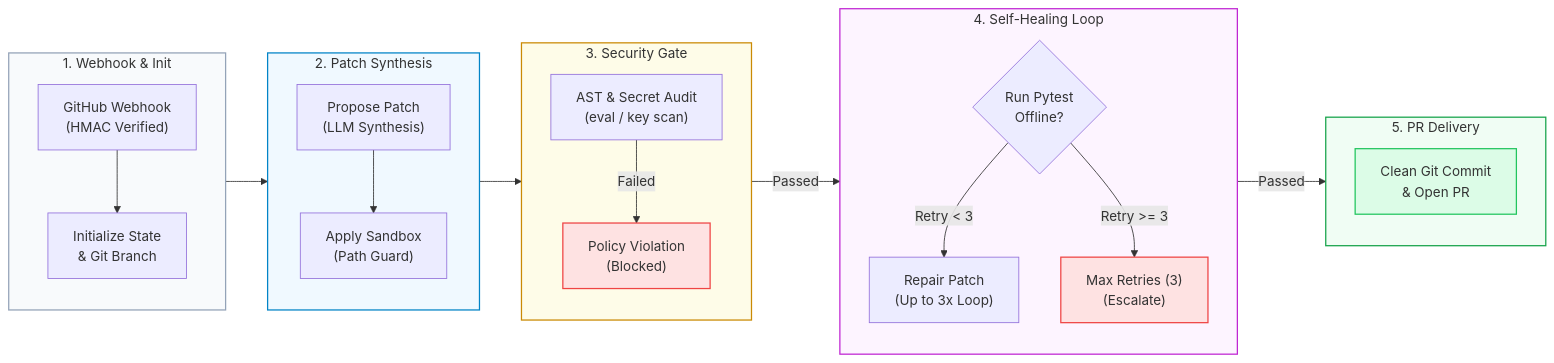
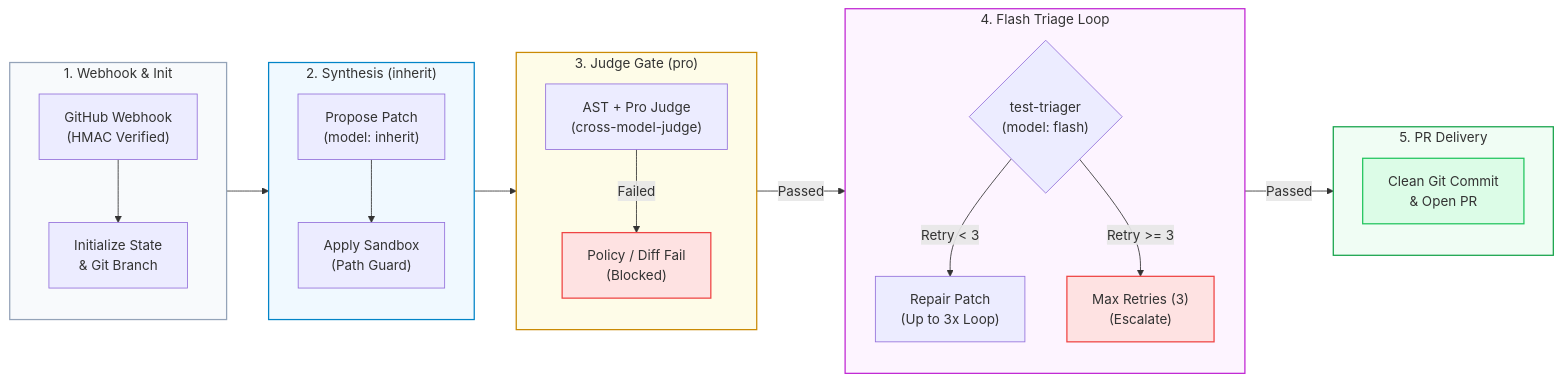
Before and after one commit to Kenono2000/enterprise-rag-pgvector-rbac: the seventh of 9 diagrams in README.md, drawn with Mermaid. The commit also changed other lines of this file and 8 other files, not shown here.

````diff
--- a/README.md
+++ b/README.md
@@ -428,52 +428,52 @@
 ```mermaid
 flowchart LR
     subgraph Intake ["1. Webhook & Init"]
         direction TB
         Hook["GitHub Webhook<br/>(HMAC Verified)"]
         Init["Initialize State<br/>& Git Branch"]
         Hook --> Init
     end
 
-    subgraph Gen ["2. Patch Synthesis"]
+    subgraph Gen ["2. Synthesis (inherit)"]
         direction TB
-        Propose["Propose Patch<br/>(LLM Synthesis)"]
+        Propose["Propose Patch<br/>(model: inherit)"]
         Apply["Apply Sandbox<br/>(Path Guard)"]
         Propose --> Apply
     end
 
-    subgraph Audit ["3. Security Gate"]
+    subgraph Audit ["3. Judge Gate (pro)"]
         direction TB
-        Inspect["AST & Secret Audit<br/>(eval / key scan)"]
-        Reject["Policy Violation<br/>(Blocked)"]
+        Inspect["AST + Pro Judge<br/>(cross-model-judge)"]
+        Reject["Policy / Diff Fail<br/>(Blocked)"]
         Inspect -->|Failed| Reject
     end
 
-    subgraph Verify ["4. Self-Healing Loop"]
+    subgraph Verify ["4. Flash Triage Loop"]
         direction TB
-        Test{"Run Pytest<br/>Offline?"}
+        Test{"test-triager<br/>(model: flash)"}
         Repair["Repair Patch<br/>(Up to 3x Loop)"]
         Escalate["Max Retries (3)<br/>(Escalate)"]
 
         Test -->|Retry < 3| Repair
         Test -->|Retry >= 3| Escalate
     end
 
     subgraph Done ["5. PR Delivery"]
         direction TB
         PR["Clean Git Commit<br/>& Open PR"]
     end
 
     Intake --> Gen
     Gen --> Audit
     Audit -->|Passed| Verify
     Verify -->|Passed| Done
 
     style Intake fill:#f8fafc,stroke:#94a3b8,stroke-width:1.5px
     style Gen fill:#f0f9ff,stroke:#0284c7,stroke-width:1.5px
     style Audit fill:#fefce8,stroke:#ca8a04,stroke-width:1.5px
     style Verify fill:#fdf4ff,stroke:#c026d3,stroke-width:1.5px
     style Done fill:#f0fdf4,stroke:#16a34a,stroke-width:1.5px
     style Reject fill:#fee2e2,stroke:#ef4444,stroke-width:1.5px
     style Escalate fill:#fee2e2,stroke:#ef4444,stroke-width:1.5px
     style PR fill:#dcfce7,stroke:#22c55e,stroke-width:1.5px
 ```
````
